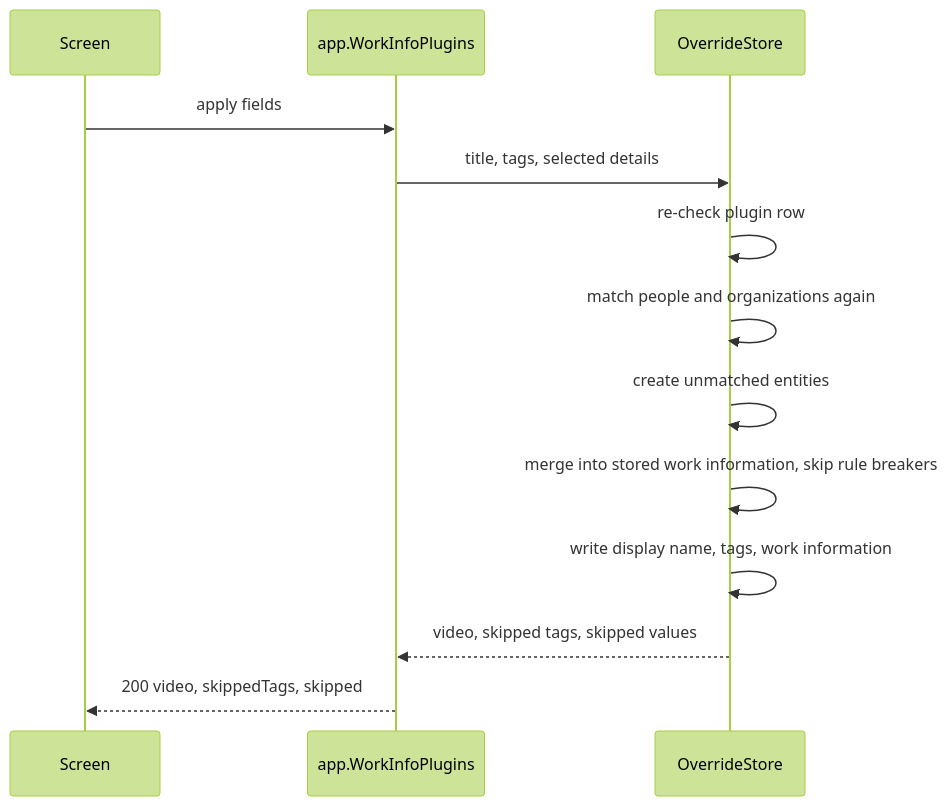
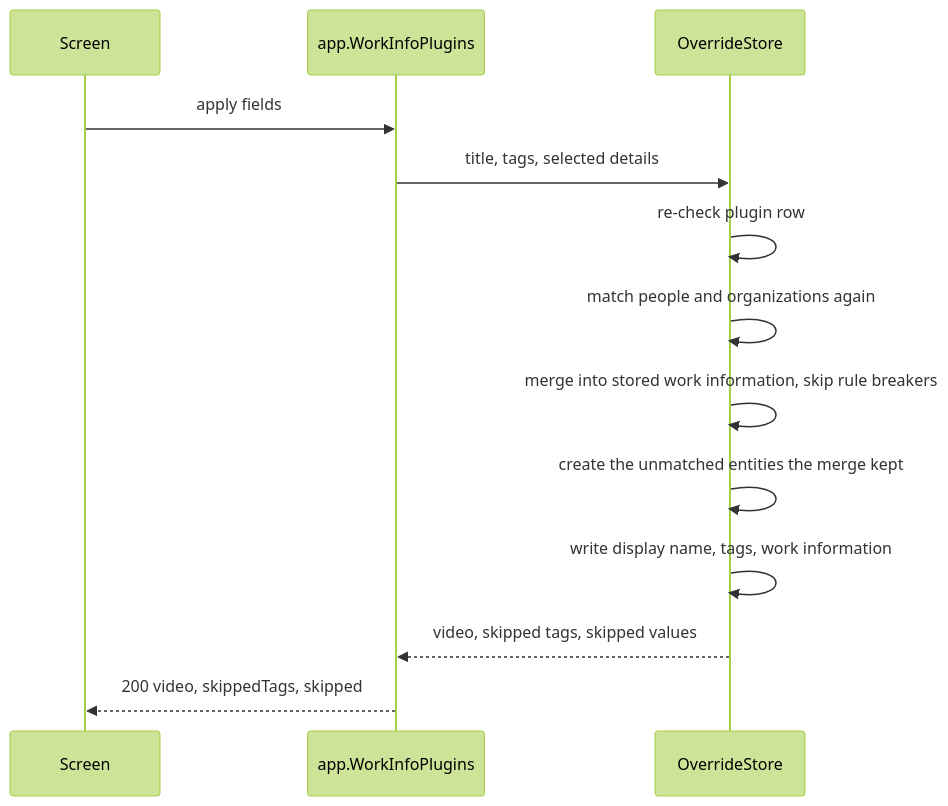
One commit to syudead/vv changed the diagram in specs/052-plugin-work-info-fields/contracts/screen-api.md. Above: the diagram before and after it, drawn with Mermaid (forest theme). The commit also changed 3 other files, not shown here.

````diff
--- a/specs/052-plugin-work-info-fields/contracts/screen-api.md
+++ b/specs/052-plugin-work-info-fields/contracts/screen-api.md
@@ -69,15 +69,15 @@
 ```mermaid
 sequenceDiagram
   participant S as Screen
   participant A as app.WorkInfoPlugins
   participant O as OverrideStore
   S->>A: apply fields
   A->>O: title, tags, selected details
   O->>O: re-check plugin row
   O->>O: match people and organizations again
-  O->>O: create unmatched entities
   O->>O: merge into stored work information, skip rule breakers
+  O->>O: create the unmatched entities the merge kept
   O->>O: write display name, tags, work information
   O-->>A: video, skipped tags, skipped values
   A-->>S: 200 video, skippedTags, skipped
 ```
````
